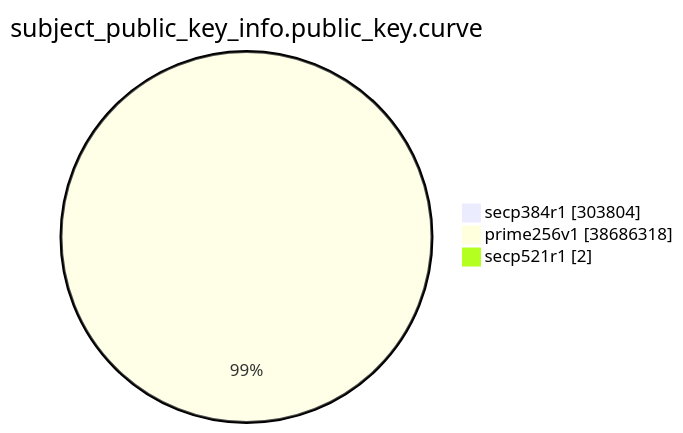
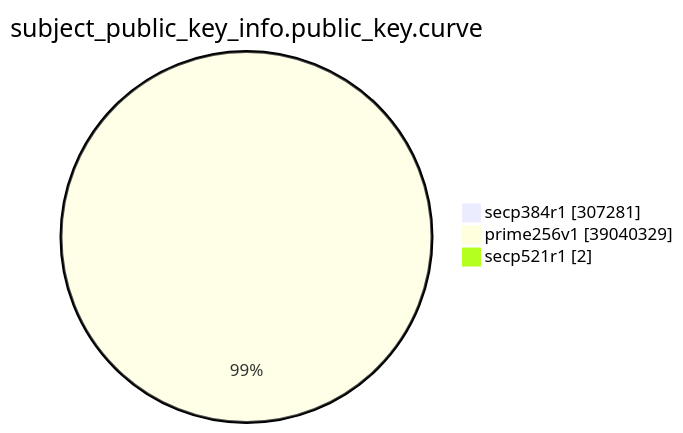
The eighth of 15 diagrams in xenon2023/README.md (christiankrug/ctmonitor_visualization), drawn with Mermaid before and after one commit. The commit also changed other lines of this file, not shown here.

````diff
--- a/xenon2023/README.md
+++ b/xenon2023/README.md
@@ -2171,7 +2173,7 @@
 ```mermaid
 pie showData
 title subject_public_key_info.public_key.curve
-"secp384r1" :303804
-"prime256v1" :38686318
+"secp384r1" :307281
+"prime256v1" :39040329
 "secp521r1" :2
 ```
````
